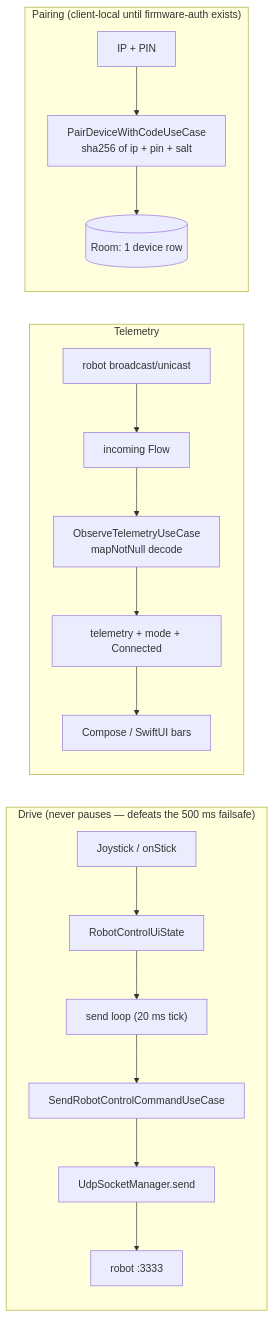
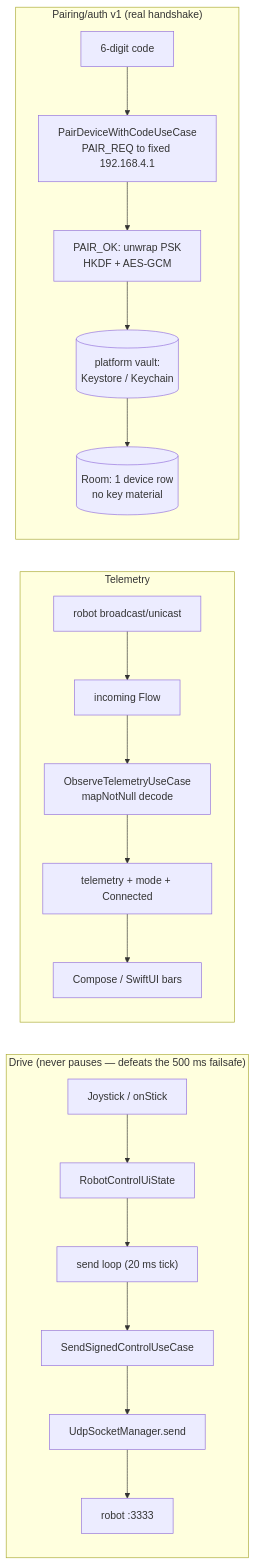
Before and after one commit to 6ameDev/desky: the third of 3 diagrams in client/ARCHITECTURE.md, drawn with Mermaid. The commit also changed other lines of this file and 86 other files, not shown here.

First line of the commit message:
Pairing auth (#15)

````diff
--- a/client/ARCHITECTURE.md
+++ b/client/ARCHITECTURE.md
@@ -81,20 +91,22 @@
 ```mermaid
 graph LR
     subgraph Outbound["Drive (never pauses — defeats the 500 ms failsafe)"]
         J[Joystick / onStick] --> S[RobotControlUiState]
         S --> L["send loop (20 ms tick)"]
-        L --> U1[SendRobotControlCommandUseCase]
+        L --> U1[SendSignedControlUseCase]
         U1 --> SOCK[UdpSocketManager.send]
         SOCK --> R[robot :3333]
     end
     subgraph Inbound["Telemetry"]
         R2[robot broadcast/unicast] --> INC[incoming Flow]
         INC --> TU[ObserveTelemetryUseCase<br/>mapNotNull decode]
         TU --> ST[telemetry + mode + Connected]
         ST --> UI[Compose / SwiftUI bars]
     end
-    subgraph Pairing["Pairing (client-local until firmware-auth exists)"]
-        IP[IP + PIN] --> P[PairDeviceWithCodeUseCase<br/>sha256 of ip + pin + salt]
-        P --> DB[(Room: 1 device row)]
+    subgraph Pairing["Pairing/auth v1 (real handshake)"]
+        CODE[6-digit code] --> REQ[PairDeviceWithCodeUseCase<br/>PAIR_REQ to fixed 192.168.4.1]
+        REQ --> OK[PAIR_OK: unwrap PSK<br/>HKDF + AES-GCM]
+        OK --> VAULT[(platform vault:<br/>Keystore / Keychain)]
+        VAULT --> DB[(Room: 1 device row<br/>no key material)]
     end
 ```
````
